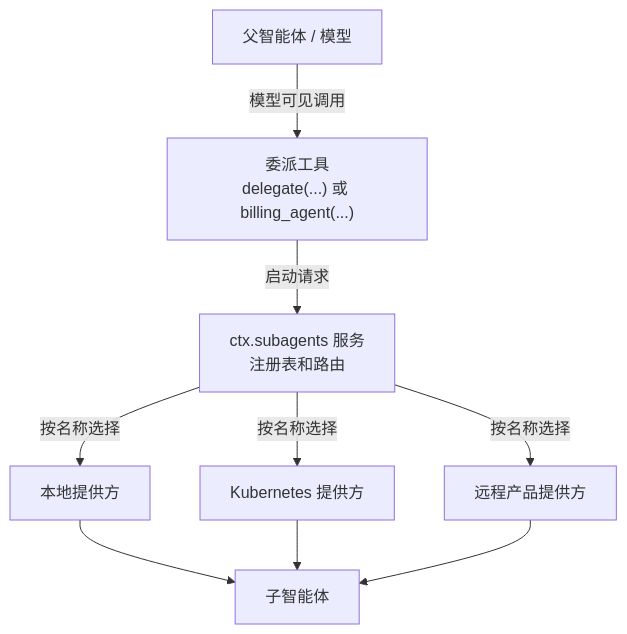
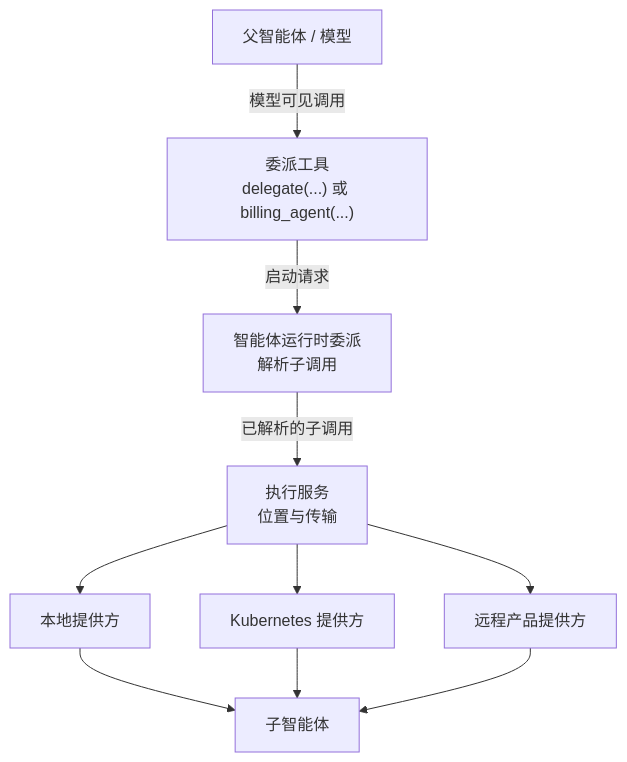
The fourth of 6 diagrams in docs/architecture.zh.md (karaka-ai/karaka), drawn with Mermaid before and after one commit. The commit also changed other lines of this file and 2 other files, not shown here.

Commit message:
docs: clarify agent runtime architecture

````diff
--- a/docs/architecture.zh.md
+++ b/docs/architecture.zh.md
@@ -171,19 +312,21 @@
 ```mermaid
 flowchart TB
   Parent["父智能体 / 模型"]
   Tool["委派工具<br/>delegate(...) 或 billing_agent(...)"]
-  Service["ctx.subagents 服务<br/>注册表和路由"]
+  Service["智能体运行时委派<br/>解析子调用"]
+  Execution["执行服务<br/>位置与传输"]
   Local["本地提供方"]
   K8s["Kubernetes 提供方"]
   Remote["远程产品提供方"]
   Child["子智能体"]
 
   Parent -->|模型可见调用| Tool
   Tool -->|启动请求| Service
-  Service -->|按名称选择| Local
-  Service -->|按名称选择| K8s
-  Service -->|按名称选择| Remote
+  Service -->|已解析的子调用| Execution
+  Execution --> Local
+  Execution --> K8s
+  Execution --> Remote
   Local --> Child
   K8s --> Child
   Remote --> Child
 ```
````
